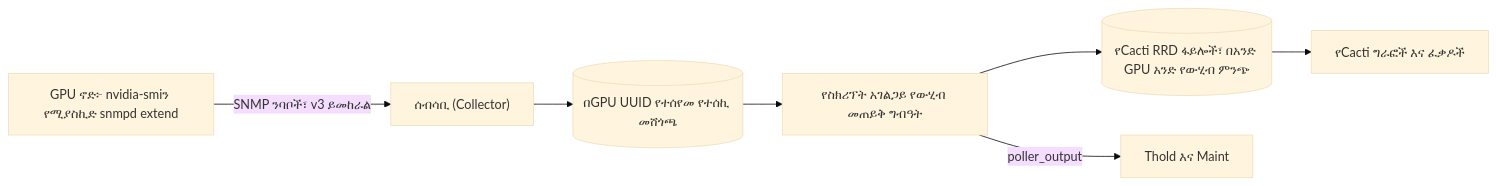
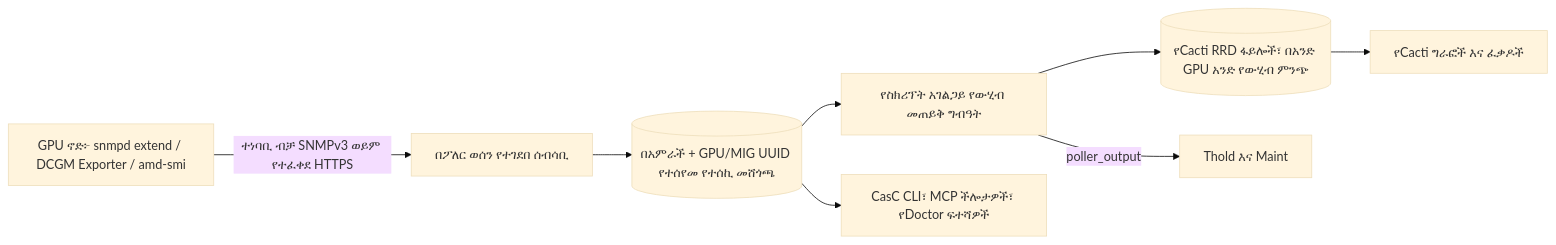
Before and after one commit to somethingwithproof/plugin_gpu: the diagram in docs/i18n/am-ET/README.md, drawn with Mermaid (base theme). The commit also changed other lines of this file and 47 other files, not shown here.

````diff
--- a/docs/i18n/am-ET/README.md
+++ b/docs/i18n/am-ET/README.md
@@ -106,9 +106,10 @@
 ```mermaid
 flowchart LR
-    NODE["GPU ኖድ፦ nvidia-smiን የሚያስኪድ snmpd extend"] -->|SNMP ንባቦች፣ v3 ይመከራል| C["ሰብሳቢ (Collector)"]
-    C --> CACHE[("በGPU UUID የተሰየመ የተሰኪ መሸጎጫ")]
+    NODE["GPU ኖድ፦ snmpd extend / DCGM Exporter / amd-smi"] -->|ተነባቢ ብቻ SNMPv3 ወይም የተፈቀደ HTTPS| C["በፖለር ወሰን የተገደበ ሰብሳቢ"]
+    C --> CACHE[("በአምራች + GPU/MIG UUID የተሰየመ የተሰኪ መሸጎጫ")]
     CACHE --> SS["የስክሪፕት አገልጋይ የውሂብ መጠይቅ ግብዓት"]
+    CACHE --> ECO["CasC CLI፣ MCP ችሎታዎች፣ የDoctor ፍተሻዎች"]
     SS --> RRD[("የCacti RRD ፋይሎች፣ በአንድ GPU አንድ የውሂብ ምንጭ")]
     SS -->|poller_output| T["Thold እና Maint"]
     RRD --> G["የCacti ግራፎች እና ፈቃዶች"]
 ```
````
